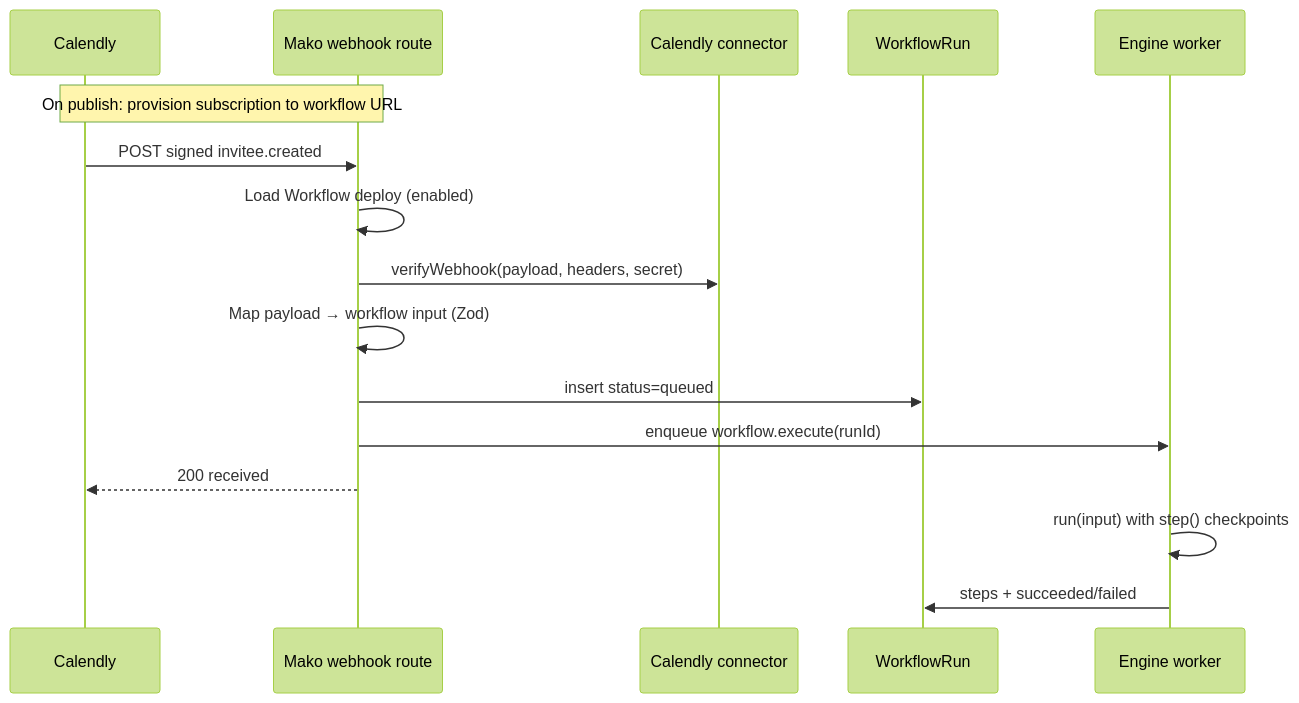
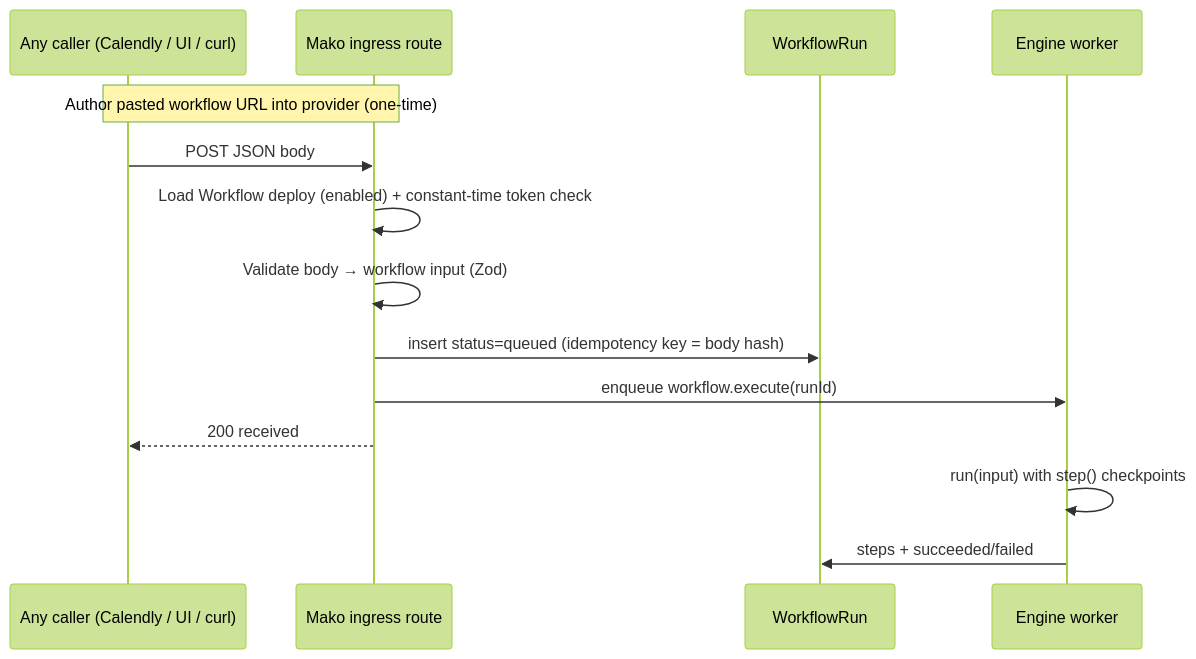
Before and after one commit to mako-ai/mako: the diagram in docs/workflows-as-code-prd.md, drawn with Mermaid (forest theme). The commit also changed other lines of this file, not shown here.

First line of the commit message:
docs(workflows-prd): make triggers provider-agnostic — cron + tokenized POST URL only

````diff
--- a/docs/workflows-as-code-prd.md
+++ b/docs/workflows-as-code-prd.md
@@ -405,19 +413,17 @@
 ```mermaid
 sequenceDiagram
-  participant Cal as Calendly
-  participant API as Mako webhook route
-  participant Conn as Calendly connector
+  participant Src as Any caller (Calendly / UI / curl)
+  participant API as Mako ingress route
   participant Run as WorkflowRun
   participant Eng as Engine worker
 
-  Note over Cal,API: On publish: provision subscription to workflow URL
-  Cal->>API: POST signed invitee.created
-  API->>API: Load Workflow deploy (enabled)
-  API->>Conn: verifyWebhook(payload, headers, secret)
-  API->>API: Map payload → workflow input (Zod)
-  API->>Run: insert status=queued
+  Note over Src,API: Author pasted workflow URL into provider (one-time)
+  Src->>API: POST JSON body
+  API->>API: Load Workflow deploy (enabled) + constant-time token check
+  API->>API: Validate body → workflow input (Zod)
+  API->>Run: insert status=queued (idempotency key = body hash)
   API->>Eng: enqueue workflow.execute(runId)
-  API-->>Cal: 200 received
+  API-->>Src: 200 received
   Eng->>Eng: run(input) with step() checkpoints
   Eng->>Run: steps + succeeded/failed
 ```
````
